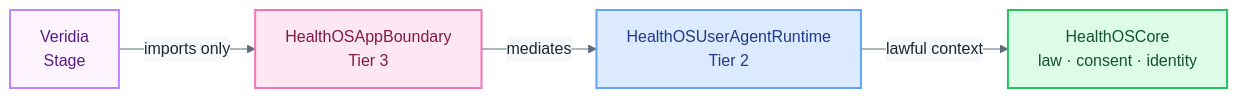
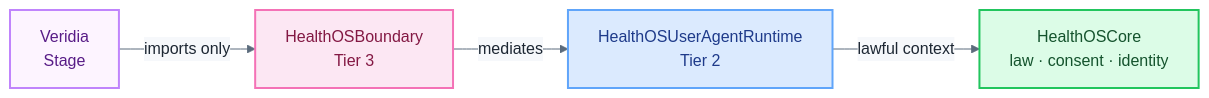
The diagram in apps/veridia/README.md (myselfgus/HealthOScaffold), drawn with Mermaid before and after one commit. The commit also changed other lines of this file and 104 other files, not shown here.

````diff
--- a/apps/veridia/README.md
+++ b/apps/veridia/README.md
@@ -24,17 +24,17 @@
 ```mermaid
 %%{init: {'theme': 'base', 'themeVariables': {'primaryColor': '#F6F8FB', 'primaryBorderColor': '#D6DEE8', 'primaryTextColor': '#1D2733', 'lineColor': '#5B6B7C', 'edgeLabelBackground': '#F6F8FB', 'fontFamily': 'ui-rounded, -apple-system, BlinkMacSystemFont, sans-serif'}}}%%
 flowchart LR
     classDef boundary fill:#fce7f3,stroke:#f472b6,stroke-width:2px,color:#831843
     classDef stage    fill:#fdf4ff,stroke:#c084fc,stroke-width:2px,color:#581c87
     classDef runtime  fill:#dbeafe,stroke:#60a5fa,stroke-width:2px,color:#1e3a8a
     classDef core     fill:#dcfce7,stroke:#22c55e,stroke-width:2px,color:#14532d
 
     VE[Veridia\nStage]:::stage
-    AB[HealthOSAppBoundary\nTier 3]:::boundary
+    AB[HealthOSBoundary\nTier 3]:::boundary
     UAR[HealthOSUserAgentRuntime\nTier 2]:::runtime
     CORE[HealthOSCore\nlaw · consent · identity]:::core
 
     VE -->|imports only| AB
     AB -->|mediates| UAR
     UAR -->|lawful context| CORE
 ```
````
